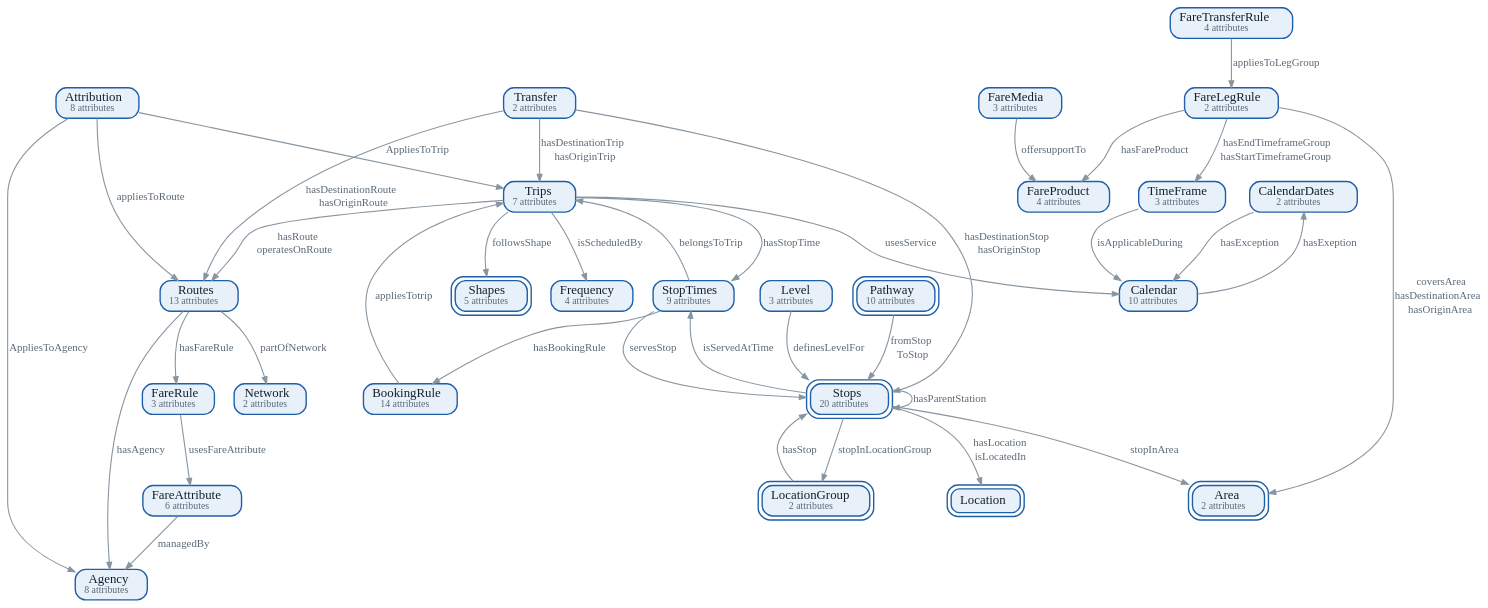
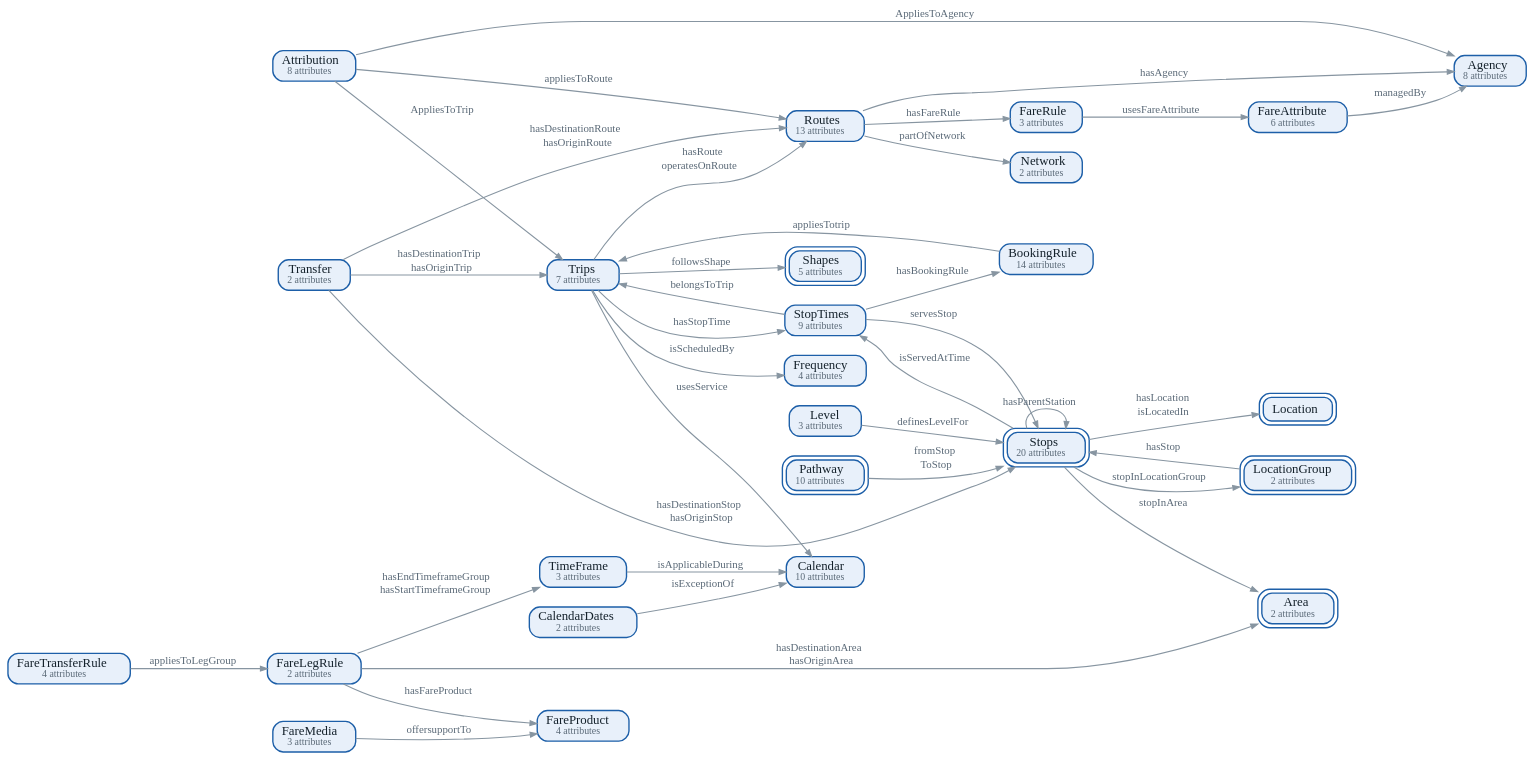
The diagram in diagrams/gtfs.dot (NourelhoudaElGadi/UrbanMobility-Ontology), drawn with Graphviz before and after one commit. The commit also changed 3 other files, not shown here.

```diff
--- a/diagrams/gtfs.dot
+++ b/diagrams/gtfs.dot
@@ -1,5 +1,5 @@
 digraph G {
-graph [rankdir=TB, bgcolor="transparent", pad="0.15", nodesep="0.28", ranksep="0.5", fontname="Overpass", splines=true, newrank=true];
+graph [rankdir=LR, bgcolor="transparent", pad="0.15", nodesep="0.28", ranksep="0.5", fontname="Overpass", splines=true, newrank=true];
 node [shape=box, style="rounded,filled", fontname="Overpass", fontsize=13, height=0.34, margin="0.12,0.05", penwidth=1.4, fontcolor="#14212b"];
 edge [fontname="Overpass", fontsize=11, color="#8795a1", fontcolor="#5a6977", arrowsize=0.7, penwidth=1.1];
 "GTFS:Attribution" [label=<Attribution<BR/><FONT POINT-SIZE="10" COLOR="#5a6977">8 attributes</FONT>>, href="#Attribution", tooltip="GTFS:Attribution: An organisation credited for the data of the feed, such as its producer, operator or authority, with copyright and…", color="#1d5fa8", fillcolor="#e8f0fa", peripheries=1, class="own m-gtfs"];
@@ -10,19 +10,19 @@
 "GTFS:Trips" [label=<Trips<BR/><FONT POINT-SIZE="10" COLOR="#5a6977">7 attributes</FONT>>, href="#Trips", tooltip="GTFS:Trips: A journey of a vehicle along a route at a given time, serving a sequence of stops.", color="#1d5fa8", fillcolor="#e8f0fa", peripheries=1, class="own m-gtfs"];
 "GTFS:BookingRule" [label=<BookingRule<BR/><FONT POINT-SIZE="10" COLOR="#5a6977">14 attributes</FONT>>, href="#BookingRule", tooltip="GTFS:BookingRule: The booking rules of a service that must be booked in advance, such as on-demand transport: how, when and how far ahead…", color="#1d5fa8", fillcolor="#e8f0fa", peripheries=1, class="own m-gtfs"];
 "GTFS:StopTimes" [label=<StopTimes<BR/><FONT POINT-SIZE="10" COLOR="#5a6977">9 attributes</FONT>>, href="#StopTimes", tooltip="GTFS:StopTimes: The scheduled time at which a trip serves a stop: arrival time, departure time and position of the stop in the trip.", color="#1d5fa8", fillcolor="#e8f0fa", peripheries=1, class="own m-gtfs"];
-"GTFS:Area" [label=<Area<BR/><FONT POINT-SIZE="10" COLOR="#5a6977">2 attributes</FONT>>, href="#Area", tooltip="GTFS:Area: A geographical area that groups stops, used to define fares by origin and destination areas.", color="#1d5fa8", fillcolor="#e8f0fa", peripheries=2, class="own m-gtfs feature"];
 "GTFS:Level" [label=<Level<BR/><FONT POINT-SIZE="10" COLOR="#5a6977">3 attributes</FONT>>, href="#Level", tooltip="GTFS:Level: A physical level of a station, such as a floor of a multimodal station or of a multi-storey car park.", color="#1d5fa8", fillcolor="#e8f0fa", peripheries=1, class="own m-gtfs"];
 "GTFS:Stops" [label=<Stops<BR/><FONT POINT-SIZE="10" COLOR="#5a6977">20 attributes</FONT>>, href="#Stops", tooltip="GTFS:Stops: A stop or a station where vehicles pick up or drop off riders. Stops of the regular network and DRT stops are both…", color="#1d5fa8", fillcolor="#e8f0fa", peripheries=2, class="own m-gtfs feature"];
 "GTFS:Shapes" [label=<Shapes<BR/><FONT POINT-SIZE="10" COLOR="#5a6977">5 attributes</FONT>>, href="#Shapes", tooltip="GTFS:Shapes: The path that a vehicle travels along a route, as an ordered sequence of points.", color="#1d5fa8", fillcolor="#e8f0fa", peripheries=2, class="own m-gtfs feature"];
 "GTFS:Pathway" [label=<Pathway<BR/><FONT POINT-SIZE="10" COLOR="#5a6977">10 attributes</FONT>>, href="#Pathway", tooltip="GTFS:Pathway: A link between two locations of a station, such as a walkway, stairs, an escalator or an elevator.", color="#1d5fa8", fillcolor="#e8f0fa", peripheries=2, class="own m-gtfs feature"];
+"GTFS:Area" [label=<Area<BR/><FONT POINT-SIZE="10" COLOR="#5a6977">2 attributes</FONT>>, href="#Area", tooltip="GTFS:Area: A geographical area that groups stops, used to define fares by origin and destination areas.", color="#1d5fa8", fillcolor="#e8f0fa", peripheries=2, class="own m-gtfs feature"];
 "GTFS:Transfer" [label=<Transfer<BR/><FONT POINT-SIZE="10" COLOR="#5a6977">2 attributes</FONT>>, href="#Transfer", tooltip="GTFS:Transfer: A rule for connections between routes, trips or stops, such as a minimum transfer time.", color="#1d5fa8", fillcolor="#e8f0fa", peripheries=1, class="own m-gtfs"];
 "GTFS:TimeFrame" [label=<TimeFrame<BR/><FONT POINT-SIZE="10" COLOR="#5a6977">3 attributes</FONT>>, href="#TimeFrame", tooltip="GTFS:TimeFrame: A time period (time of day and service days) during which a fare applies.", color="#1d5fa8", fillcolor="#e8f0fa", peripheries=1, class="own m-gtfs"];
-"GTFS:CalendarDates" [label=<CalendarDates<BR/><FONT POINT-SIZE="10" COLOR="#5a6977">2 attributes</FONT>>, href="#CalendarDates", tooltip="GTFS:CalendarDates: An exception to a service calendar on a given date, for example a service added or removed on a public holiday.", color="#1d5fa8", fillcolor="#e8f0fa", peripheries=1, class="own m-gtfs"];
-"GTFS:Calendar" [label=<Calendar<BR/><FONT POINT-SIZE="10" COLOR="#5a6977">10 attributes</FONT>>, href="#Calendar", tooltip="GTFS:Calendar: The days of the week on which a service runs, between a start date and an end date.", color="#1d5fa8", fillcolor="#e8f0fa", peripheries=1, class="own m-gtfs"];
 "GTFS:FareProduct" [label=<FareProduct<BR/><FONT POINT-SIZE="10" COLOR="#5a6977">4 attributes</FONT>>, href="#FareProduct", tooltip="GTFS:FareProduct: A fare product that riders can buy, such as a single ticket or a pass.", color="#1d5fa8", fillcolor="#e8f0fa", peripheries=1, class="own m-gtfs"];
 "GTFS:FareRule" [label=<FareRule<BR/><FONT POINT-SIZE="10" COLOR="#5a6977">3 attributes</FONT>>, href="#FareRule", tooltip="GTFS:FareRule: A rule that says when a fare applies, based on the route, the origin, the destination or the zones a rider passes…", color="#1d5fa8", fillcolor="#e8f0fa", peripheries=1, class="own m-gtfs"];
 "GTFS:Location" [label=<Location>, href="#Location", tooltip="GTFS:Location: A zone, given as a GeoJSON polygon, where riders can request a pickup or a drop-off (GTFS-Flex).", color="#1d5fa8", fillcolor="#e8f0fa", peripheries=2, class="own m-gtfs feature"];
 "GTFS:LocationGroup" [label=<LocationGroup<BR/><FONT POINT-SIZE="10" COLOR="#5a6977">2 attributes</FONT>>, href="#LocationGroup", tooltip="GTFS:LocationGroup: A group of stops where a rider may request a pickup or a drop-off (GTFS-Flex).", color="#1d5fa8", fillcolor="#e8f0fa", peripheries=2, class="own m-gtfs feature"];
+"GTFS:Calendar" [label=<Calendar<BR/><FONT POINT-SIZE="10" COLOR="#5a6977">10 attributes</FONT>>, href="#Calendar", tooltip="GTFS:Calendar: The days of the week on which a service runs, between a start date and an end date.", color="#1d5fa8", fillcolor="#e8f0fa", peripheries=1, class="own m-gtfs"];
+"GTFS:CalendarDates" [label=<CalendarDates<BR/><FONT POINT-SIZE="10" COLOR="#5a6977">2 attributes</FONT>>, href="#CalendarDates", tooltip="GTFS:CalendarDates: An exception to a service calendar on a given date, for example a service added or removed on a public holiday.", color="#1d5fa8", fillcolor="#e8f0fa", peripheries=1, class="own m-gtfs"];
 "GTFS:Frequency" [label=<Frequency<BR/><FONT POINT-SIZE="10" COLOR="#5a6977">4 attributes</FONT>>, href="#Frequency", tooltip="GTFS:Frequency: A headway-based service, whose trips run at regular intervals instead of following a fixed timetable.", color="#1d5fa8", fillcolor="#e8f0fa", peripheries=1, class="own m-gtfs"];
 "GTFS:FareAttribute" [label=<FareAttribute<BR/><FONT POINT-SIZE="10" COLOR="#5a6977">6 attributes</FONT>>, href="#FareAttribute", tooltip="GTFS:FareAttribute: A fare (GTFS-Fares v1): its price, currency, payment method and transfer conditions.", color="#1d5fa8", fillcolor="#e8f0fa", peripheries=1, class="own m-gtfs"];
 "GTFS:FareMedia" [label=<FareMedia<BR/><FONT POINT-SIZE="10" COLOR="#5a6977">3 attributes</FONT>>, href="#FareMedia", tooltip="GTFS:FareMedia: A medium that holds or validates a fare product, such as a smart card, a paper ticket or a mobile app.", color="#1d5fa8", fillcolor="#e8f0fa", peripheries=1, class="own m-gtfs"];
@@ -33,18 +33,16 @@
 "GTFS:Attribution" -> "GTFS:Trips" [label=<<TABLE BORDER="0" CELLBORDER="0" CELLSPACING="0" CELLPADDING="1"><TR><TD HREF="#AppliesToTrip" TOOLTIP="GTFS:AppliesToTrip: Links an attribution record to the trip it applies to.">AppliesToTrip</TD></TR></TABLE>>, class="op"];
 "GTFS:BookingRule" -> "GTFS:Trips" [label=<<TABLE BORDER="0" CELLBORDER="0" CELLSPACING="0" CELLPADDING="1"><TR><TD HREF="#appliesTotrip" TOOLTIP="GTFS:appliesTotrip: Links a booking rule to a trip it applies to.">appliesTotrip</TD></TR></TABLE>>, class="op"];
 "GTFS:StopTimes" -> "GTFS:Trips" [label=<<TABLE BORDER="0" CELLBORDER="0" CELLSPACING="0" CELLPADDING="1"><TR><TD HREF="#belongsToTrip" TOOLTIP="GTFS:belongsToTrip: Links a stop time to the trip it belongs to.">belongsToTrip</TD></TR></TABLE>>, class="op"];
-"GTFS:FareLegRule" -> "GTFS:Area" [label=<<TABLE BORDER="0" CELLBORDER="0" CELLSPACING="0" CELLPADDING="1"><TR><TD HREF="#coversArea" TOOLTIP="GTFS:coversArea: Links a fare leg rule to an area that it covers.">coversArea</TD></TR><TR><TD HREF="#hasDestinationArea" TOOLTIP="GTFS:hasDestinationArea: Links a fare leg rule to the destination area at which the fare leg ends.">hasDestinationArea</TD></TR><TR><TD HREF="#hasOriginArea" TOOLTIP="GTFS:hasOriginArea: Links a fare leg rule to the origin area from which the fare leg starts.">hasOriginArea</TD></TR></TABLE>>, class="op"];
 "GTFS:Level" -> "GTFS:Stops" [label=<<TABLE BORDER="0" CELLBORDER="0" CELLSPACING="0" CELLPADDING="1"><TR><TD HREF="#definesLevelFor" TOOLTIP="GTFS:definesLevelFor: Links a level to a stop located on that level.">definesLevelFor</TD></TR></TABLE>>, class="op"];
 "GTFS:Trips" -> "GTFS:Shapes" [label=<<TABLE BORDER="0" CELLBORDER="0" CELLSPACING="0" CELLPADDING="1"><TR><TD HREF="#followsShape" TOOLTIP="GTFS:followsShape: Links a trip to the shape that its vehicle follows.">followsShape</TD></TR></TABLE>>, class="op"];
 "GTFS:Pathway" -> "GTFS:Stops" [label=<<TABLE BORDER="0" CELLBORDER="0" CELLSPACING="0" CELLPADDING="1"><TR><TD HREF="#fromStop" TOOLTIP="GTFS:fromStop: Links a pathway to the stop where the pathway starts.">fromStop</TD></TR><TR><TD HREF="#ToStop" TOOLTIP="GTFS:ToStop: Links a pathway to the stop where the pathway ends.">ToStop</TD></TR></TABLE>>, class="op"];
 "GTFS:Routes" -> "GTFS:Agency" [label=<<TABLE BORDER="0" CELLBORDER="0" CELLSPACING="0" CELLPADDING="1"><TR><TD HREF="#hasAgency" TOOLTIP="GTFS:hasAgency: Links a route to the agency that operates it.">hasAgency</TD></TR></TABLE>>, class="op"];
 "GTFS:StopTimes" -> "GTFS:BookingRule" [label=<<TABLE BORDER="0" CELLBORDER="0" CELLSPACING="0" CELLPADDING="1"><TR><TD HREF="#hasBookingRule" TOOLTIP="GTFS:hasBookingRule: Links a stop time record to the booking rule that governs it.">hasBookingRule</TD></TR></TABLE>>, class="op"];
+"GTFS:FareLegRule" -> "GTFS:Area" [label=<<TABLE BORDER="0" CELLBORDER="0" CELLSPACING="0" CELLPADDING="1"><TR><TD HREF="#hasDestinationArea" TOOLTIP="GTFS:hasDestinationArea: Links a fare leg rule to the destination area at which the fare leg ends.">hasDestinationArea</TD></TR><TR><TD HREF="#hasOriginArea" TOOLTIP="GTFS:hasOriginArea: Links a fare leg rule to the origin area from which the fare leg starts.">hasOriginArea</TD></TR></TABLE>>, class="op"];
 "GTFS:Transfer" -> "GTFS:Routes" [label=<<TABLE BORDER="0" CELLBORDER="0" CELLSPACING="0" CELLPADDING="1"><TR><TD HREF="#hasDestinationRoute" TOOLTIP="GTFS:hasDestinationRoute: Links a transfer rule to the destination route to which the transfer leads.">hasDestinationRoute</TD></TR><TR><TD HREF="#hasOriginRoute" TOOLTIP="GTFS:hasOriginRoute: Links a transfer rule to the origin route from which the transfer starts.">hasOriginRoute</TD></TR></TABLE>>, class="op"];
 "GTFS:Transfer" -> "GTFS:Stops" [label=<<TABLE BORDER="0" CELLBORDER="0" CELLSPACING="0" CELLPADDING="1"><TR><TD HREF="#hasDestinationStop" TOOLTIP="GTFS:hasDestinationStop: Links a transfer rule to the destination stop where the transfer ends.">hasDestinationStop</TD></TR><TR><TD HREF="#hasOriginStop" TOOLTIP="GTFS:hasOriginStop: Links a transfer rule to the origin stop where the transfer begins.">hasOriginStop</TD></TR></TABLE>>, class="op"];
 "GTFS:Transfer" -> "GTFS:Trips" [label=<<TABLE BORDER="0" CELLBORDER="0" CELLSPACING="0" CELLPADDING="1"><TR><TD HREF="#hasDestinationTrip" TOOLTIP="GTFS:hasDestinationTrip: Links a transfer rule to the destination trip to which the transfer leads.">hasDestinationTrip</TD></TR><TR><TD HREF="#hasOriginTrip" TOOLTIP="GTFS:hasOriginTrip: Links a transfer rule to the origin trip from which the transfer starts.">hasOriginTrip</TD></TR></TABLE>>, class="op"];
 "GTFS:FareLegRule" -> "GTFS:TimeFrame" [label=<<TABLE BORDER="0" CELLBORDER="0" CELLSPACING="0" CELLPADDING="1"><TR><TD HREF="#hasEndTimeframeGroup" TOOLTIP="GTFS:hasEndTimeframeGroup: Links a fare leg rule to the timeframe group that applies to the fare validation event at…">hasEndTimeframeGroup</TD></TR><TR><TD HREF="#hasStartTimeframeGroup" TOOLTIP="GTFS:hasStartTimeframeGroup: Links a fare leg rule to the timeframe group that applies to the fare validation event at…">hasStartTimeframeGroup</TD></TR></TABLE>>, class="op"];
-"GTFS:CalendarDates" -> "GTFS:Calendar" [label=<<TABLE BORDER="0" CELLBORDER="0" CELLSPACING="0" CELLPADDING="1"><TR><TD HREF="#hasException" TOOLTIP="GTFS:hasException: Links a calendar exception to the service calendar that it modifies.">hasException</TD></TR></TABLE>>, class="op"];
-"GTFS:Calendar" -> "GTFS:CalendarDates" [label=<<TABLE BORDER="0" CELLBORDER="0" CELLSPACING="0" CELLPADDING="1"><TR><TD HREF="#hasExeption" TOOLTIP="GTFS:hasExeption: Links a service calendar to one of its exception dates.">hasExeption</TD></TR></TABLE>>, class="op"];
 "GTFS:FareLegRule" -> "GTFS:FareProduct" [label=<<TABLE BORDER="0" CELLBORDER="0" CELLSPACING="0" CELLPADDING="1"><TR><TD HREF="#hasFareProduct" TOOLTIP="GTFS:hasFareProduct: Links a fare leg rule to the fare product that it applies.">hasFareProduct</TD></TR></TABLE>>, class="op"];
 "GTFS:Routes" -> "GTFS:FareRule" [label=<<TABLE BORDER="0" CELLBORDER="0" CELLSPACING="0" CELLPADDING="1"><TR><TD HREF="#hasFareRule" TOOLTIP="GTFS:hasFareRule: Links a route to a fare rule that applies to it.">hasFareRule</TD></TR></TABLE>>, class="op"];
 "GTFS:Stops" -> "GTFS:Location" [label=<<TABLE BORDER="0" CELLBORDER="0" CELLSPACING="0" CELLPADDING="1"><TR><TD HREF="#hasLocation" TOOLTIP="GTFS:hasLocation: Links a stop to a GTFS-Flex zone (location) associated with it.">hasLocation</TD></TR><TR><TD HREF="#isLocatedIn" TOOLTIP="GTFS:isLocatedIn: Links a stop to a zone (location) in which it is located.">isLocatedIn</TD></TR></TABLE>>, class="op"];
@@ -53,6 +51,7 @@
 "GTFS:LocationGroup" -> "GTFS:Stops" [label=<<TABLE BORDER="0" CELLBORDER="0" CELLSPACING="0" CELLPADDING="1"><TR><TD HREF="#hasStop" TOOLTIP="GTFS:hasStop: Links a location group to a stop that it contains.">hasStop</TD></TR></TABLE>>, class="op"];
 "GTFS:Trips" -> "GTFS:StopTimes" [label=<<TABLE BORDER="0" CELLBORDER="0" CELLSPACING="0" CELLPADDING="1"><TR><TD HREF="#hasStopTime" TOOLTIP="GTFS:hasStopTime: Links a trip to one of its stop times.">hasStopTime</TD></TR></TABLE>>, class="op"];
 "GTFS:TimeFrame" -> "GTFS:Calendar" [label=<<TABLE BORDER="0" CELLBORDER="0" CELLSPACING="0" CELLPADDING="1"><TR><TD HREF="#isApplicableDuring" TOOLTIP="GTFS:isApplicableDuring: Indicates that the time period described by timeframes applies to the service days…">isApplicableDuring</TD></TR></TABLE>>, class="op"];
+"GTFS:CalendarDates" -> "GTFS:Calendar" [label=<<TABLE BORDER="0" CELLBORDER="0" CELLSPACING="0" CELLPADDING="1"><TR><TD HREF="#isExceptionOf" TOOLTIP="GTFS:isExceptionOf: Links a calendar exception (a line of calendar_dates.txt) to the service calendar that it…">isExceptionOf</TD></TR></TABLE>>, class="op"];
 "GTFS:Trips" -> "GTFS:Frequency" [label=<<TABLE BORDER="0" CELLBORDER="0" CELLSPACING="0" CELLPADDING="1"><TR><TD HREF="#isScheduledBy" TOOLTIP="GTFS:isScheduledBy: Links a trip to the frequency (headway) definition that schedules it.">isScheduledBy</TD></TR></TABLE>>, class="op"];
 "GTFS:Stops" -> "GTFS:StopTimes" [label=<<TABLE BORDER="0" CELLBORDER="0" CELLSPACING="0" CELLPADDING="1"><TR><TD HREF="#isServedAtTime" TOOLTIP="GTFS:isServedAtTime: Links a stop to a stop time at which it is served.">isServedAtTime</TD></TR></TABLE>>, class="op"];
 "GTFS:FareAttribute" -> "GTFS:Agency" [label=<<TABLE BORDER="0" CELLBORDER="0" CELLSPACING="0" CELLPADDING="1"><TR><TD HREF="#managedBy" TOOLTIP="GTFS:managedBy: Links a fare to the agency that manages it.">managedBy</TD></TR></TABLE>>, class="op"];
```
